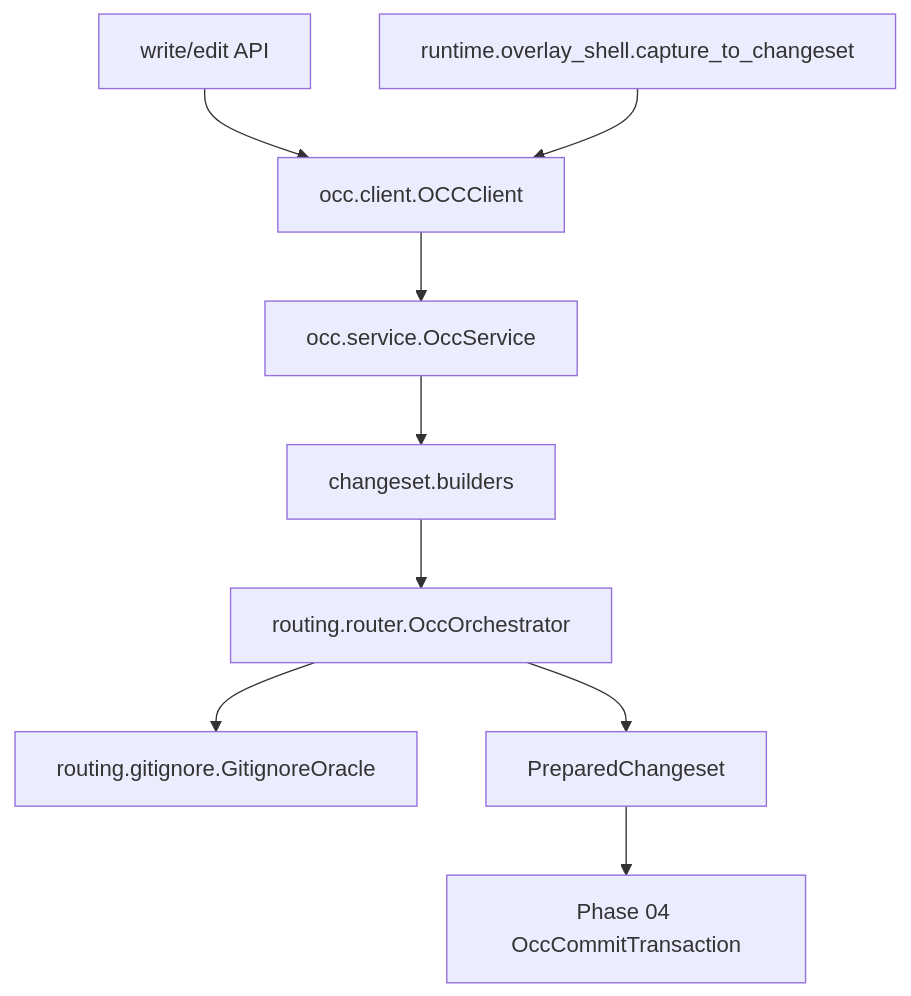
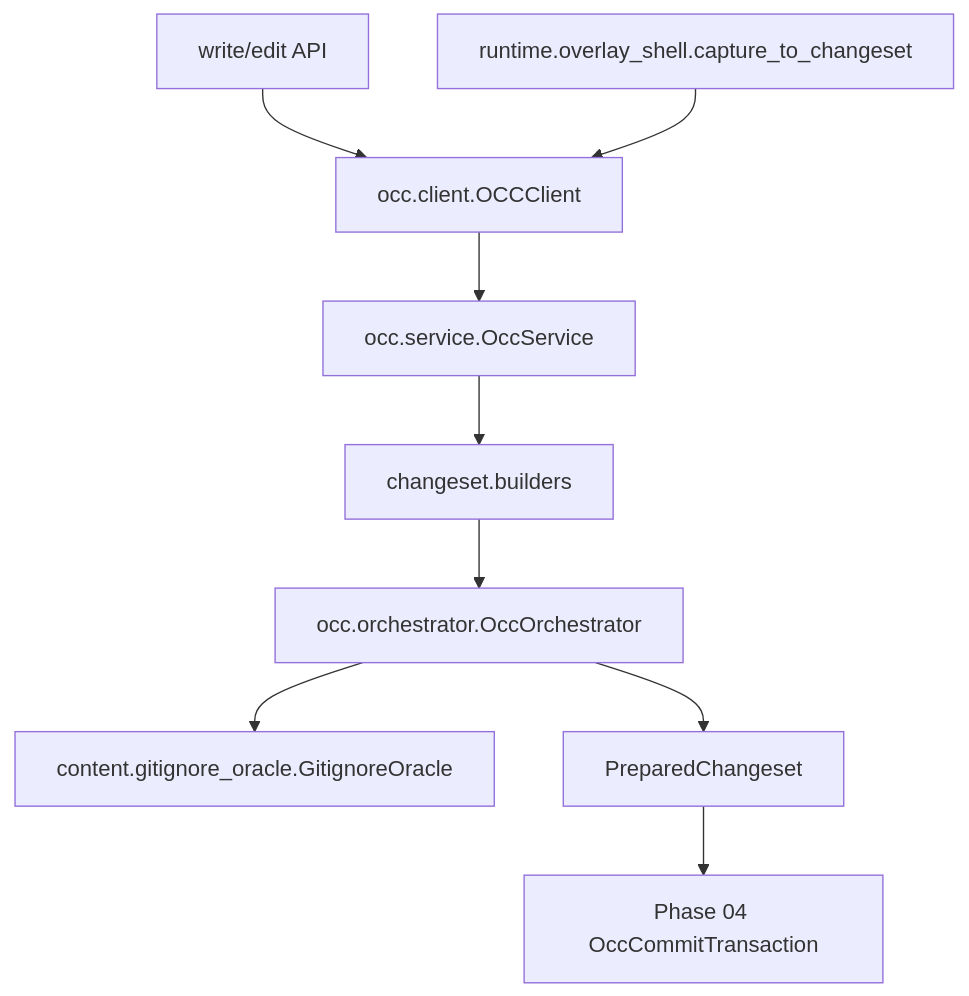
The diagram in .omc/plans/per-call-snapshot-layer-stack-migration/phase-03-occ-changeset-routing.md (Ephemeral-AI-Lab/ephemeral-sandbox), drawn with Mermaid before and after one commit. The commit also changed other lines of this file and 73 other files, not shown here.

````diff
--- a/.omc/plans/per-call-snapshot-layer-stack-migration/phase-03-occ-changeset-routing.md
+++ b/.omc/plans/per-call-snapshot-layer-stack-migration/phase-03-occ-changeset-routing.md
@@ -144,11 +149,11 @@
 ```mermaid
 flowchart TD
   Api["write/edit API"] --> Client["occ.client.OCCClient"]
   Shell["runtime.overlay_shell.capture_to_changeset"] --> Client
   Client --> Service["occ.service.OccService"]
   Service --> Builder["changeset.builders"]
-  Builder --> Router["routing.router.OccOrchestrator"]
-  Router --> Git["routing.gitignore.GitignoreOracle"]
+  Builder --> Router["occ.orchestrator.OccOrchestrator"]
+  Router --> Git["content.gitignore_oracle.GitignoreOracle"]
   Router --> Prep["PreparedChangeset"]
   Prep --> Next["Phase 04 OccCommitTransaction"]
 ```
````
